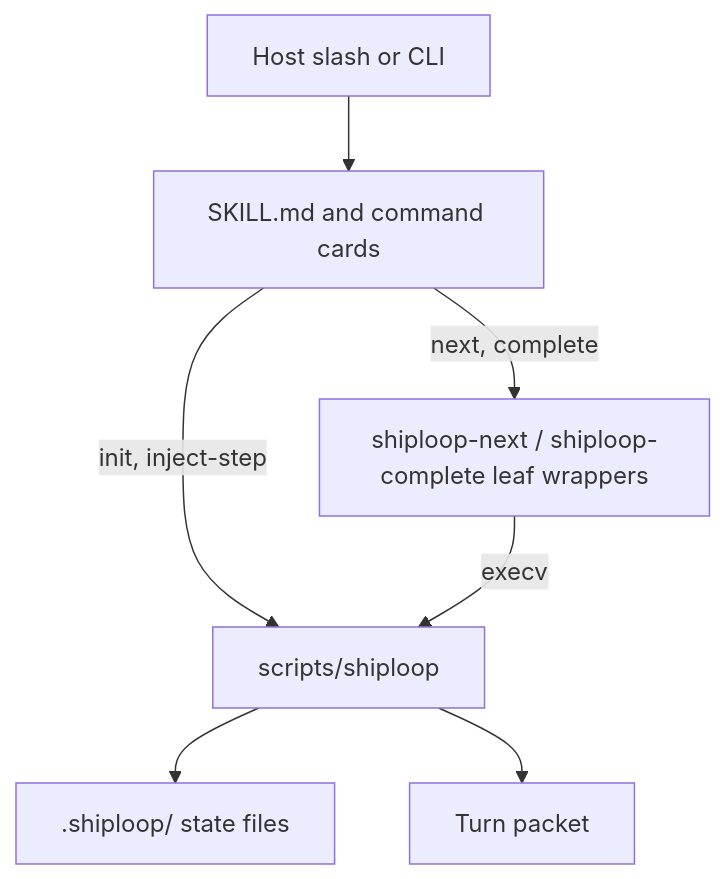
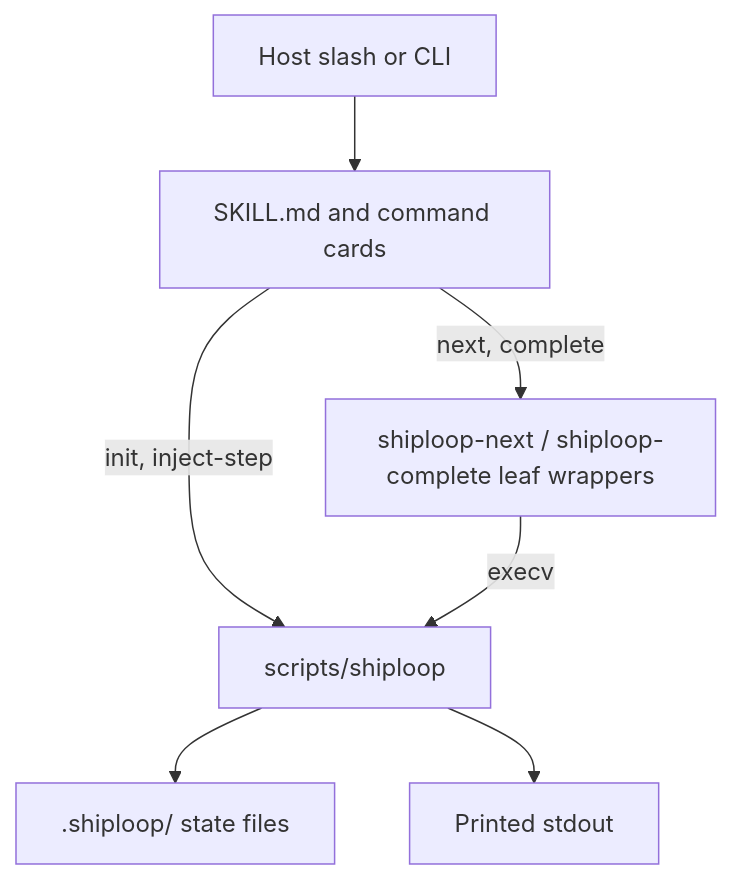
The first of 5 diagrams in skills/shiploop/README.md (whichguy/skill-craft), drawn with Mermaid before and after one commit. The commit also changed other lines of this file and 8 other files, not shown here.

````diff
--- a/skills/shiploop/README.md
+++ b/skills/shiploop/README.md
@@ -63,15 +63,15 @@
 ```mermaid
 flowchart TB
   user[Host slash or CLI]
   card[SKILL.md and command cards]
   wrap["shiploop-next / shiploop-complete leaf wrappers"]
   harness[scripts/shiploop]
   state[".shiploop/ state files"]
-  packet[Turn packet]
+  stdout[Printed stdout]
   user --> card
   card -->|next, complete| wrap
   card -->|init, inject-step| harness
   wrap -->|execv| harness
   harness --> state
-  harness --> packet
+  harness --> stdout
 ```
````
